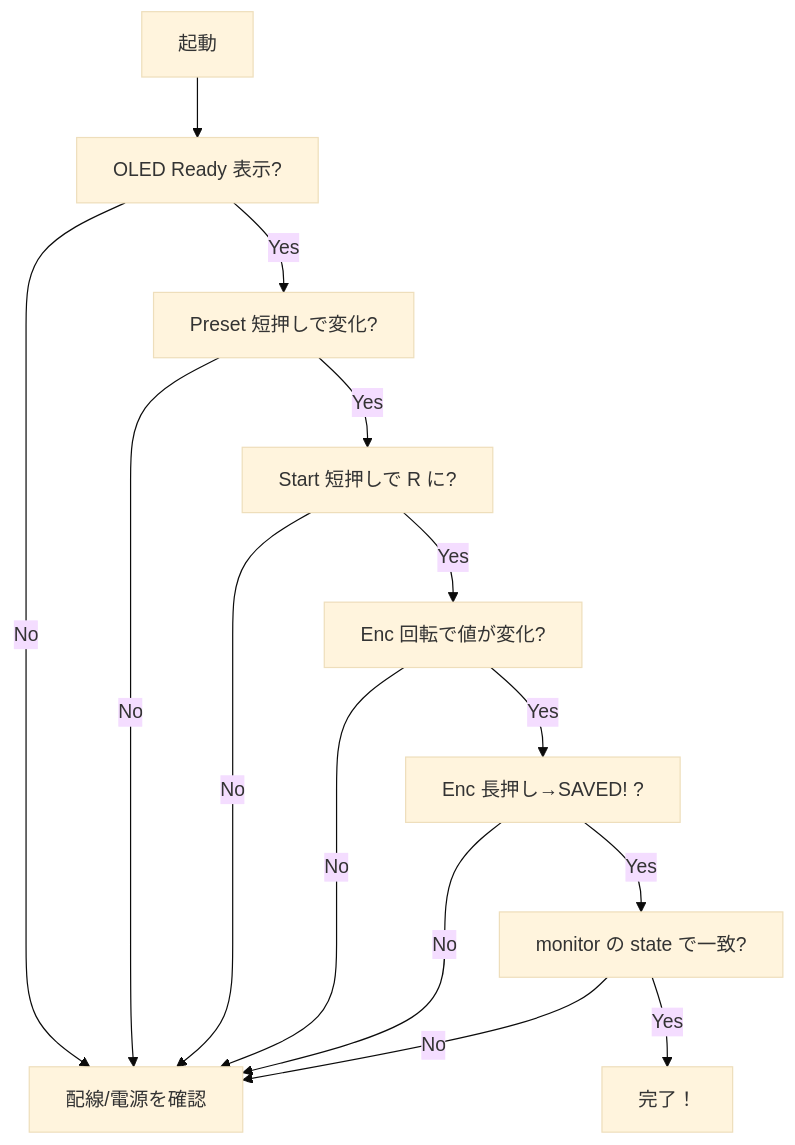
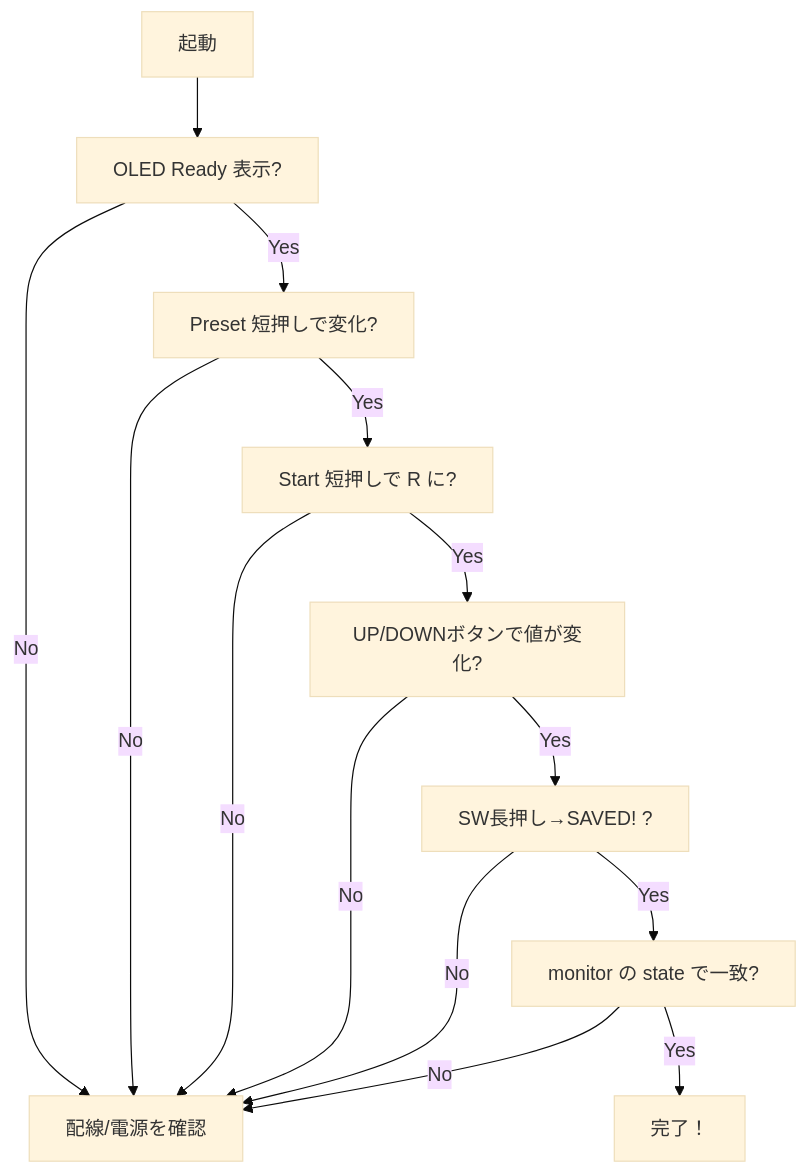
The third of 3 diagrams in README.md (uchiuno-shihaisiya/function-generator), drawn with Mermaid (base theme) before and after one commit. The commit also changed other lines of this file, not shown here.

````diff
--- a/README.md
+++ b/README.md
@@ -341,16 +349,16 @@
 ```mermaid
 flowchart TD
     A[起動] --> B[OLED Ready 表示?]
     B -->|No| X[配線/電源を確認]
     B -->|Yes| C[Preset 短押しで変化?]
     C -->|No| X
     C -->|Yes| D[Start 短押しで R に?]
     D -->|No| X
-    D -->|Yes| E[Enc 回転で値が変化?]
+    D -->|Yes| E[UP/DOWNボタンで値が変化?]
     E -->|No| X
-    E -->|Yes| F[Enc 長押し→SAVED! ?]
+    E -->|Yes| F[SW長押し→SAVED! ?]
     F -->|No| X
     F -->|Yes| G[monitor の state で一致?]
     G -->|No| X
     G -->|Yes| H[完了！]
 ```
````
